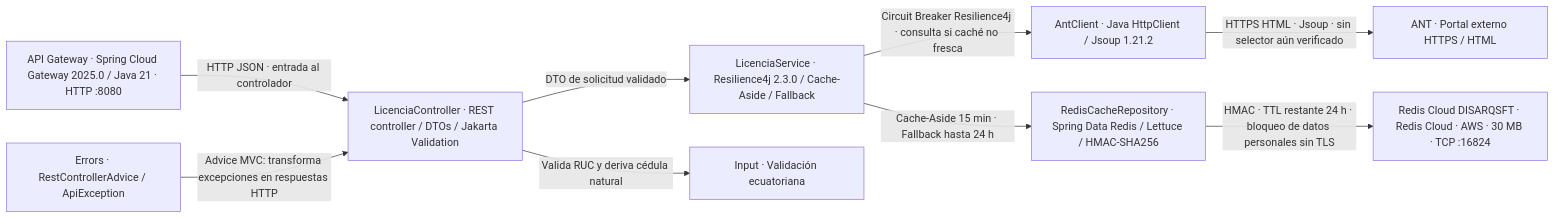
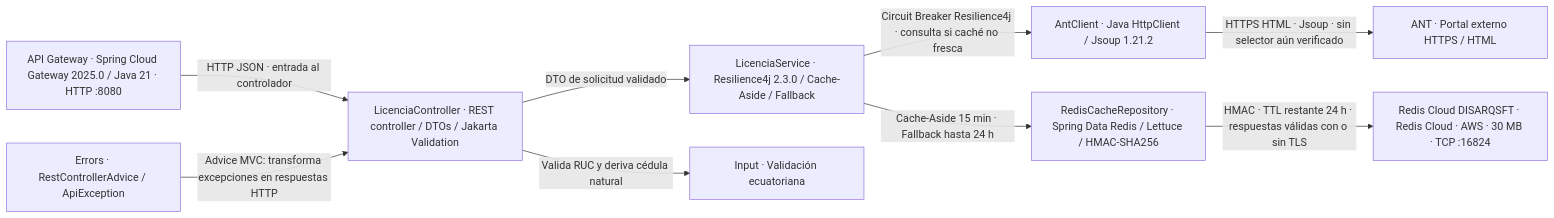
One commit to JosueRamses/Arquitectura-C4 changed the fifth of 5 diagrams in docs/arquitectura/diagramas.md. Above: the diagram before and after it, drawn with Mermaid. The commit also changed other lines of this file and 10 other files, not shown here.

````diff
--- a/docs/arquitectura/diagramas.md
+++ b/docs/arquitectura/diagramas.md
@@ -76,20 +76,20 @@
 ```mermaid
 flowchart LR
   ant["ANT · Portal externo HTTPS / HTML"]
   gateway["API Gateway · Spring Cloud Gateway 2025.0 / Java 21 · HTTP :8080"]
   lc["LicenciaController · REST controller / DTOs / Jakarta Validation"]
   ls["LicenciaService · Resilience4j 2.3.0 / Cache-Aside / Fallback"]
   la["AntClient · Java HttpClient / Jsoup 1.21.2"]
   lic_input["Input · Validación ecuatoriana"]
   lic_errors["Errors · RestControllerAdvice / ApiException"]
   lr["RedisCacheRepository · Spring Data Redis / Lettuce / HMAC-SHA256"]
   redis["Redis Cloud DISARQSFT · Redis Cloud · AWS · 30 MB · TCP :16824"]
   gateway -->|"HTTP JSON · entrada al controlador"| lc
   lc -->|"DTO de solicitud validado"| ls
   lc -->|"Valida RUC y deriva cédula natural"| lic_input
   lic_errors -->|"Advice MVC: transforma excepciones en respuestas HTTP"| lc
   ls -->|"Circuit Breaker Resilience4j · consulta si caché no fresca"| la
   la -->|"HTTPS HTML · Jsoup · sin selector aún verificado"| ant
   ls -->|"Cache-Aside 15 min · Fallback hasta 24 h"| lr
-  lr -->|"HMAC · TTL restante 24 h · bloqueo de datos personales sin TLS"| redis
+  lr -->|"HMAC · TTL restante 24 h · respuestas válidas con o sin TLS"| redis
 ```
````
